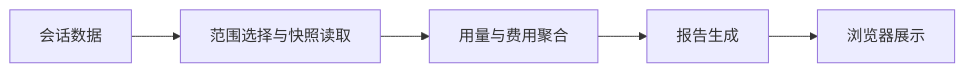
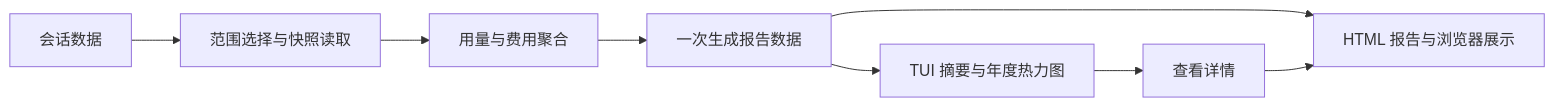
The diagram in extensions/stats/README.md (aqua2k1/pi-kits), drawn with Mermaid before and after one commit. The commit also changed other lines of this file and 12 other files, not shown here.

````diff
--- a/extensions/stats/README.md
+++ b/extensions/stats/README.md
@@ -9,7 +15,10 @@
 ```mermaid
 flowchart LR
   A["会话数据"] --> B["范围选择与快照读取"]
   B --> C["用量与费用聚合"]
-  C --> D["报告生成"]
-  D --> E["浏览器展示"]
+  C --> R["一次生成报告数据"]
+  R --> D["TUI 摘要与年度热力图"]
+  R --> F
+  D --> E["查看详情"]
+  E --> F["HTML 报告与浏览器展示"]
 ```
````
